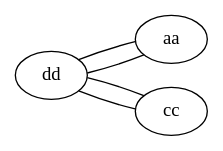
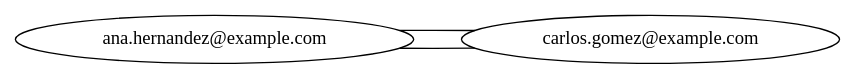
The diagram in pruebas/matriz_adyacente_usuario.png.dot (matiuuh/-EDD-Proyecto1_202203009), drawn with Graphviz before and after one commit. The commit also changed 21 other files, not shown here.

```diff
--- a/pruebas/matriz_adyacente_usuario.png.dot
+++ b/pruebas/matriz_adyacente_usuario.png.dot
@@ -1,11 +1,7 @@
 graph g {
 rankdir=LR;
-"dd";
-"dd" -- "aa";
-"dd" -- "cc";
-"aa";
-"aa" -- "dd";
-"cc";
-"cc" -- "dd";
-"cc";
+"ana.hernandez@example.com";
+"ana.hernandez@example.com" -- "carlos.gomez@example.com";
+"carlos.gomez@example.com";
+"carlos.gomez@example.com" -- "ana.hernandez@example.com";
 }
```
